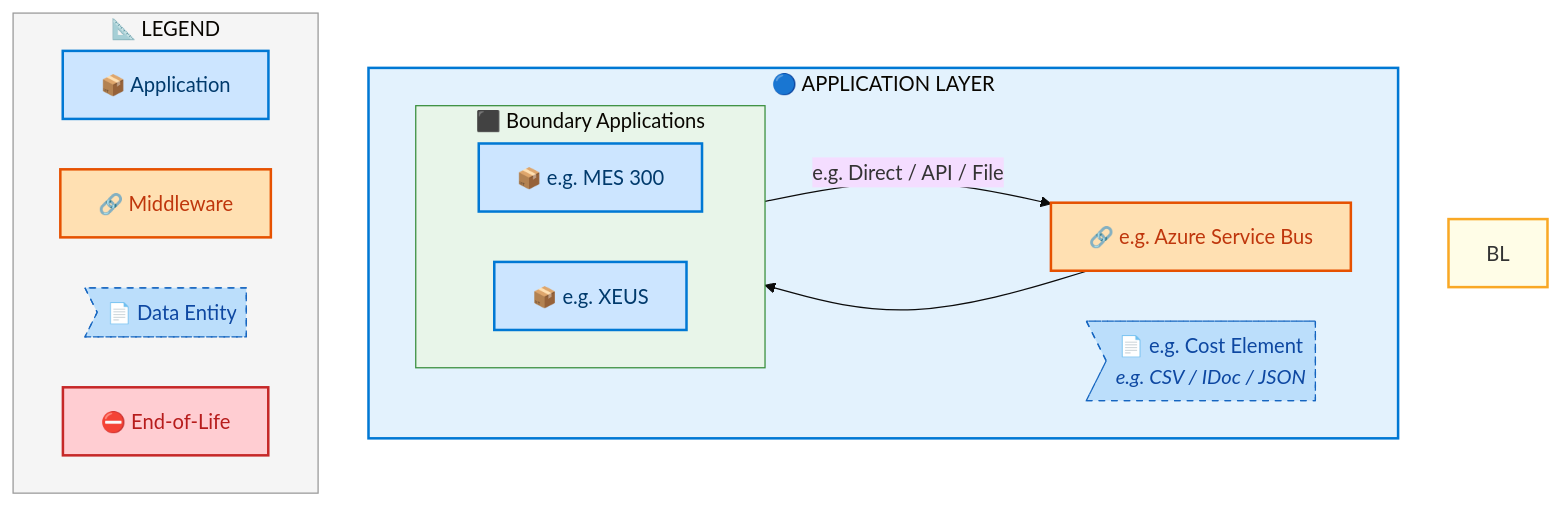
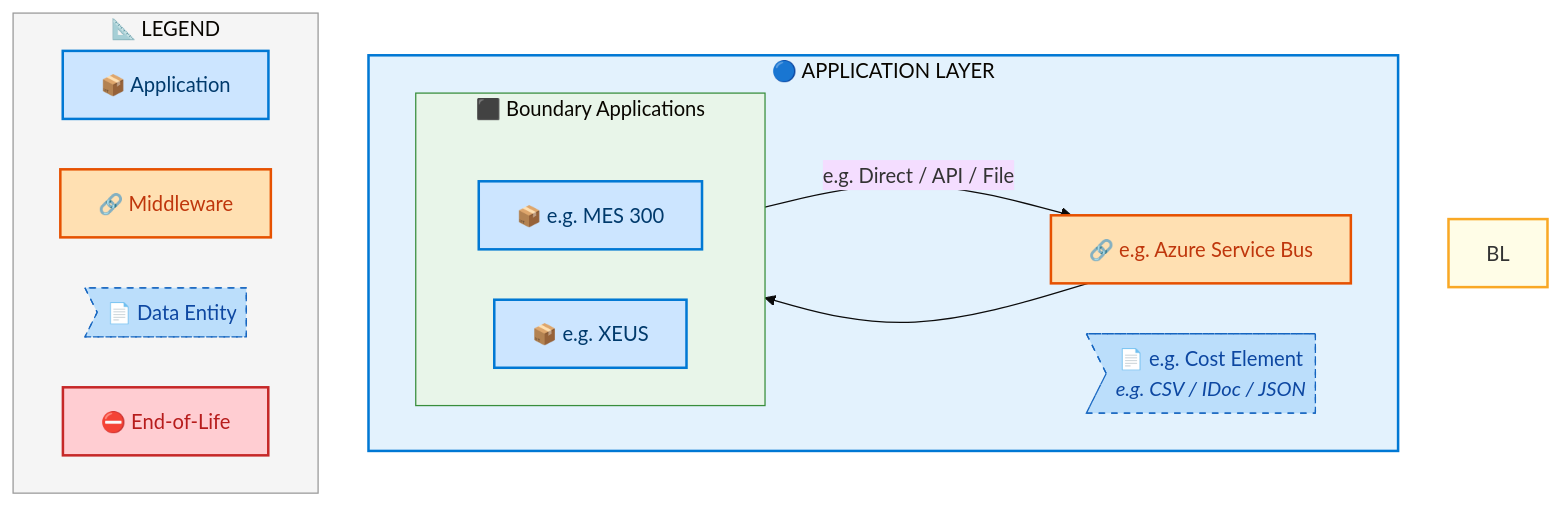
One commit to sajivfrancis777/IAO-Architecture changed the fourth of 7 diagrams in towers/E2E/Procure to Pay/E2E-43/output/docs/systems-architecture/E2E-43-Architecture.md. Above: the diagram before and after it, drawn with Mermaid. The commit also changed other lines of this file and 250 other files, not shown here.

First line of the commit message:
perf+fix: lazy Mermaid rendering + rank-enforced layer ordering

````diff
--- a/towers/E2E/Procure to Pay/E2E-43/output/docs/systems-architecture/E2E-43-Architecture.md
+++ b/towers/E2E/Procure to Pay/E2E-43/output/docs/systems-architecture/E2E-43-Architecture.md
@@ -502,42 +502,44 @@
 ```mermaid
 %%{init: {"theme": "base", "securityLevel": "loose", "themeVariables": {"fontSize": "16px", "fontFamily": "Segoe UI, Arial, sans-serif"}, "flowchart": {"useMaxWidth": false, "htmlLabels": true, "nodeSpacing": 40, "rankSpacing": 50}} }%%
 flowchart TB
     %% -- ArchiMate 3.2 + Azure style classes --
     classDef business      fill:#FFFFB3,stroke:#F9A825,stroke-width:2px,color:#000
     classDef app           fill:#CCE5FF,stroke:#0078D4,stroke-width:2px,color:#003A6C
     classDef data          fill:#BBDEFB,stroke:#1565C0,stroke-width:1px,color:#0D47A1,stroke-dasharray: 5 5
     classDef middleware    fill:#FFE0B2,stroke:#E65100,stroke-width:2px,color:#BF360C
     classDef eol           fill:#FFCDD2,stroke:#C62828,stroke-width:2px,color:#B71C1C
     classDef saas          fill:#E1BEE7,stroke:#7B1FA2,stroke-width:2px,color:#4A148C
     classDef cloud         fill:#BBDEFB,stroke:#1565C0,stroke-width:2px,color:#0D47A1
     classDef onprem        fill:#C8E6C9,stroke:#2E7D32,stroke-width:2px,color:#1B5E20
+    classDef rankAnchor    width:0px,height:0px,padding:0px,margin:0px,fill:none,stroke:none
 
     subgraph AL["🔵 APPLICATION LAYER"]
         direction LR
         subgraph E2E43CLN_Boundary_Applications[" ⬛ Boundary Applications"]
             direction LR
+            E2E43C_ALRANK_0[ ]:::rankAnchor
             E2E43C_e_g_MES_300["📦 e.g. MES 300"]:::app
             E2E43C_e_g_XEUS["📦 e.g. XEUS"]:::app
         end
         E2E43CMW_e_g_Azure_Service_Bus["🔗 e.g. Azure Service Bus"]:::middleware
         E2E43CDE_e_g_Cost_Element>"📄 e.g. Cost Element<br/><i>e.g. CSV / IDoc / JSON</i>"]:::data
     end
 
     E2E43C_e_g_MES_300 -->|"e.g. Direct / API / File"| E2E43CMW_e_g_Azure_Service_Bus
     E2E43CMW_e_g_Azure_Service_Bus --> E2E43C_e_g_XEUS
 
 
     style BL fill:#FFFDE7,stroke:#F9A825,stroke-width:2px
     style AL fill:#E3F2FD,stroke:#0078D4,stroke-width:2px
 
     style E2E43CLN_Boundary_Applications fill:#E8F5E9,stroke:#388E3C,stroke-width:1px
 
     subgraph Legend["📐 LEGEND"]
         direction LR
         L_APP["📦 Application"]:::app
         L_MW["🔗 Middleware"]:::middleware
         L_DE>"📄 Data Entity"]:::data
         L_EOL["⛔ End-of-Life"]:::eol
     end
     style Legend fill:#F5F5F5,stroke:#999,stroke-width:1px
 ```
````
